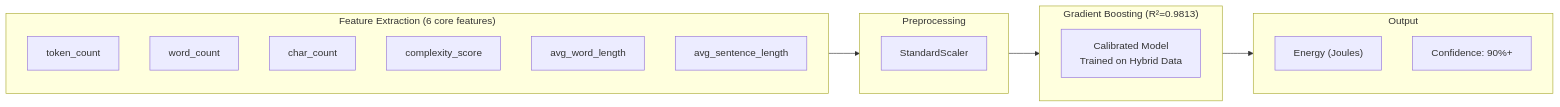
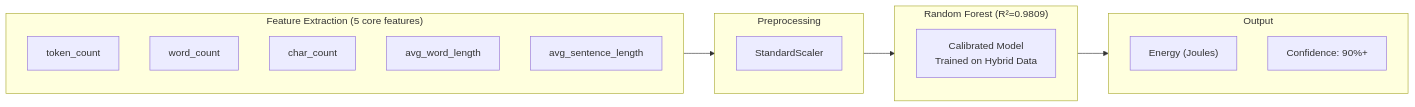
Before and after one commit to Femi-lawal/sustainable-ai: the seventh of 10 diagrams in documentation/architecture.md, drawn with Mermaid. The commit also changed other lines of this file and 46 other files, not shown here.

````diff
--- a/documentation/architecture.md
+++ b/documentation/architecture.md
@@ -260,28 +325,27 @@
 ```mermaid
 flowchart LR
-    subgraph Features["Feature Extraction (6 core features)"]
+    subgraph Features["Feature Extraction (5 core features)"]
         F1["token_count"]
         F2["word_count"]
         F3["char_count"]
-        F4["complexity_score"]
-        F5["avg_word_length"]
-        F6["avg_sentence_length"]
+        F4["avg_word_length"]
+        F5["avg_sentence_length"]
     end
 
     subgraph Preprocessing["Preprocessing"]
         Scale["StandardScaler"]
     end
 
-    subgraph Model["Gradient Boosting (R²=0.9813)"]
-        GB["Calibrated Model<br/>Trained on Hybrid Data"]
+    subgraph Model["Random Forest (R²=0.9809)"]
+        RF["Calibrated Model<br/>Trained on Hybrid Data"]
     end
 
     subgraph Output["Output"]
         Energy["Energy (Joules)"]
         Confidence["Confidence: 90%+"]
     end
 
     Features --> Preprocessing
     Preprocessing --> Model
     Model --> Output
 ```
````
